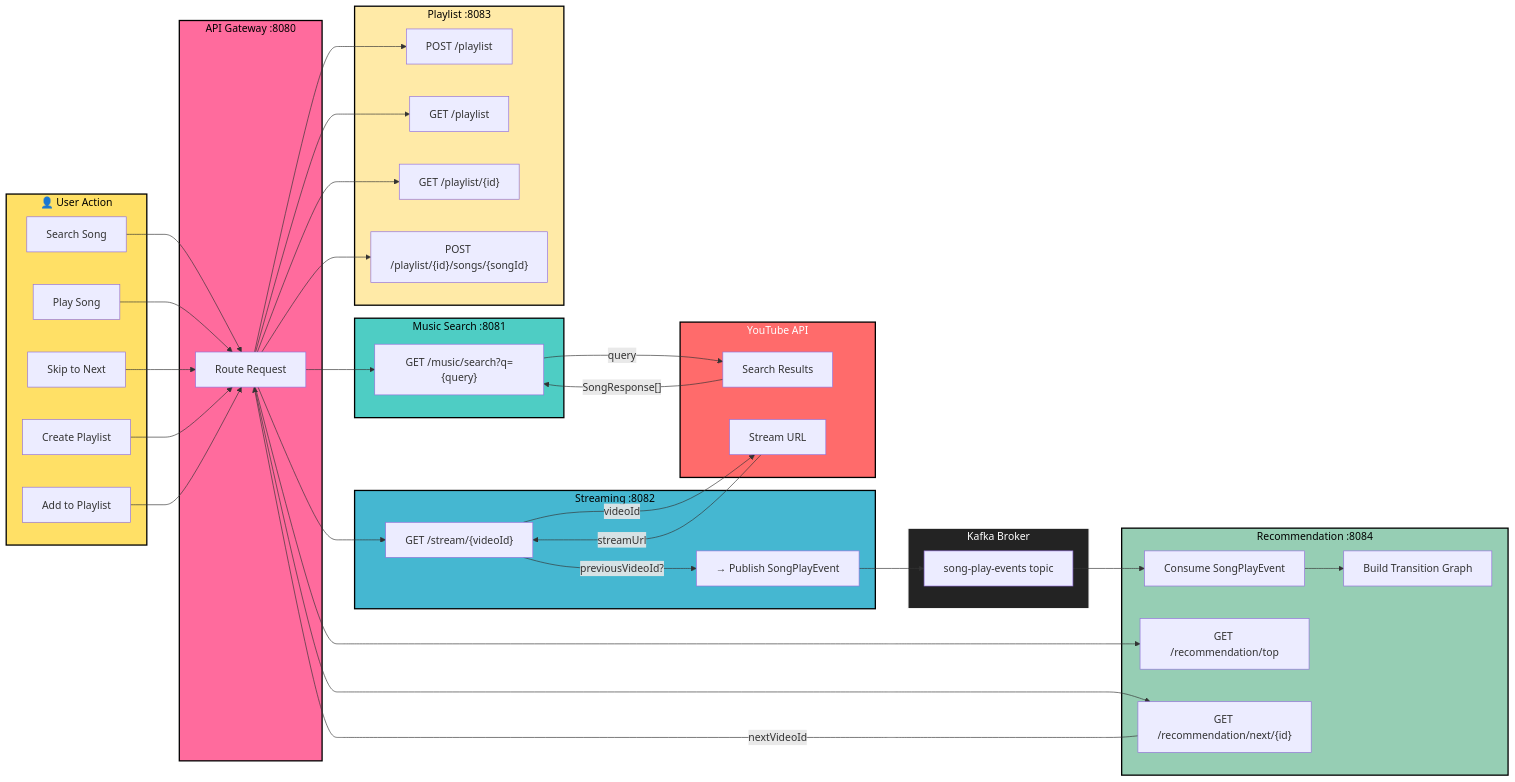
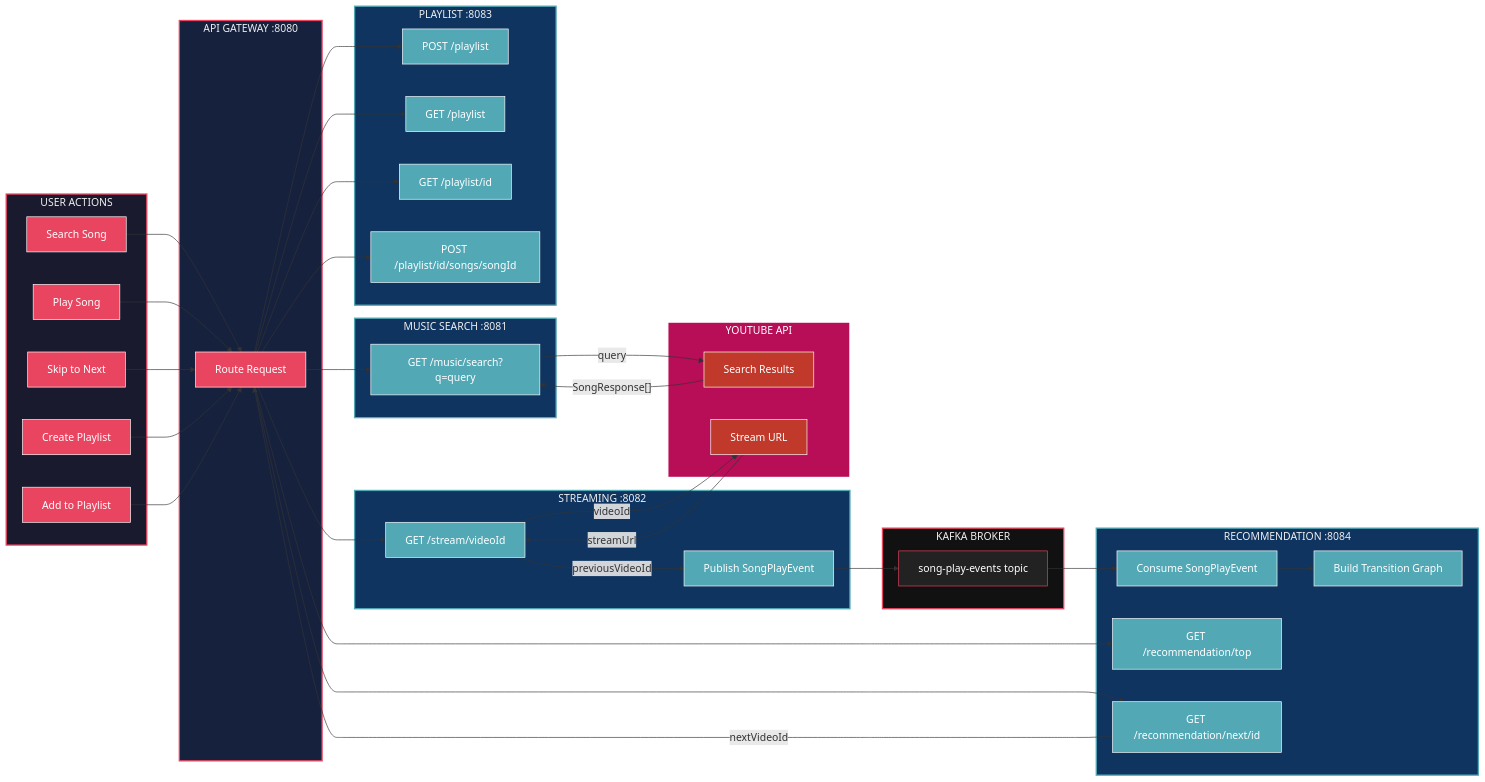
One commit to Ankit-Jaipuriar/Harmony-Music-Streaming-Platform changed the second of 2 diagrams in README.md. Above: the diagram before and after it, drawn with Mermaid. The commit also changed other lines of this file, not shown here.

````diff
--- a/README.md
+++ b/README.md
@@ -119,6 +132,6 @@
 ```mermaid
 flowchart LR
-    subgraph USER["👤 User Action"]
+    subgraph USER["USER ACTIONS"]
         U1["Search Song"]
         U2["Play Song"]
         U3["Skip to Next"]
@@ -126,38 +139,38 @@
         U5["Add to Playlist"]
     end
 
-    subgraph GATEWAY["API Gateway :8080"]
+    subgraph GATEWAY["API GATEWAY :8080"]
         G1["Route Request"]
     end
 
-    subgraph SEARCH["Music Search :8081"]
-        S1["GET /music/search?q={query}"]
+    subgraph SEARCH["MUSIC SEARCH :8081"]
+        S1["GET /music/search?q=query"]
     end
 
-    subgraph STREAM["Streaming :8082"]
-        ST1["GET /stream/{videoId}"]
-        ST2["→ Publish SongPlayEvent"]
+    subgraph STREAM["STREAMING :8082"]
+        ST1["GET /stream/videoId"]
+        ST2["Publish SongPlayEvent"]
     end
 
-    subgraph KAFKA["Kafka Broker"]
+    subgraph KAFKA["KAFKA BROKER"]
         K1["song-play-events topic"]
     end
 
-    subgraph RECOMMEND["Recommendation :8084"]
+    subgraph RECOMMEND["RECOMMENDATION :8084"]
         R1["Consume SongPlayEvent"]
         R2["Build Transition Graph"]
         R3["GET /recommendation/top"]
-        R4["GET /recommendation/next/{id}"]
+        R4["GET /recommendation/next/id"]
     end
 
-    subgraph PLAYLIST["Playlist :8083"]
+    subgraph PLAYLIST["PLAYLIST :8083"]
         P1["POST /playlist"]
         P2["GET /playlist"]
-        P3["GET /playlist/{id}"]
-        P4["POST /playlist/{id}/songs/{songId}"]
+        P3["GET /playlist/id"]
+        P4["POST /playlist/id/songs/songId"]
     end
 
-    subgraph YOUTUBE["YouTube API"]
+    subgraph YOUTUBE["YOUTUBE API"]
         YT1["Search Results"]
         YT2["Stream URL"]
     end
@@ -167,7 +180,7 @@
 
     U2 --> G1 --> ST1 -->|"videoId"| YT2
     YT2 -->|"streamUrl"| ST1
-    ST1 -->|"previousVideoId?"| ST2 --> K1
+    ST1 -->|"previousVideoId"| ST2 --> K1
 
     K1 --> R1 --> R2
     U3 --> G1 --> R4
@@ -180,12 +193,33 @@
     G1 --> P2
     G1 --> P3
 
-    style USER fill:#FFE066,stroke:#000,stroke-width:2px,color:#000
-    style GATEWAY fill:#FF6B9D,stroke:#000,stroke-width:2px,color:#000
-    style SEARCH fill:#4ECDC4,stroke:#000,stroke-width:2px,color:#000
-    style STREAM fill:#45B7D1,stroke:#000,stroke-width:2px,color:#000
-    style KAFKA fill:#232323,stroke:#fff,stroke-width:2px,color:#fff
-    style RECOMMEND fill:#96CEB4,stroke:#000,stroke-width:2px,color:#000
-    style PLAYLIST fill:#FFEAA7,stroke:#000,stroke-width:2px,color:#000
-    style YOUTUBE fill:#FF6B6B,stroke:#000,stroke-width:2px,color:#fff
+    style USER fill:#1a1a2e,stroke:#e94560,stroke-width:2px,color:#eee
+    style GATEWAY fill:#16213e,stroke:#e94560,stroke-width:2px,color:#eee
+    style SEARCH fill:#0f3460,stroke:#53a8b6,stroke-width:2px,color:#eee
+    style STREAM fill:#0f3460,stroke:#53a8b6,stroke-width:2px,color:#eee
+    style KAFKA fill:#111,stroke:#e94560,stroke-width:2px,color:#eee
+    style RECOMMEND fill:#0f3460,stroke:#53a8b6,stroke-width:2px,color:#eee
+    style PLAYLIST fill:#0f3460,stroke:#53a8b6,stroke-width:2px,color:#eee
+    style YOUTUBE fill:#b80d57,stroke:#fff,stroke-width:2px,color:#fff
+
+    style U1 fill:#e94560,stroke:#fff,stroke-width:1px,color:#fff
+    style U2 fill:#e94560,stroke:#fff,stroke-width:1px,color:#fff
+    style U3 fill:#e94560,stroke:#fff,stroke-width:1px,color:#fff
+    style U4 fill:#e94560,stroke:#fff,stroke-width:1px,color:#fff
+    style U5 fill:#e94560,stroke:#fff,stroke-width:1px,color:#fff
+    style G1 fill:#e94560,stroke:#fff,stroke-width:1px,color:#fff
+    style S1 fill:#53a8b6,stroke:#fff,stroke-width:1px,color:#fff
+    style ST1 fill:#53a8b6,stroke:#fff,stroke-width:1px,color:#fff
+    style ST2 fill:#53a8b6,stroke:#fff,stroke-width:1px,color:#fff
+    style K1 fill:#222,stroke:#e94560,stroke-width:1px,color:#fff
+    style R1 fill:#53a8b6,stroke:#fff,stroke-width:1px,color:#fff
+    style R2 fill:#53a8b6,stroke:#fff,stroke-width:1px,color:#fff
+    style R3 fill:#53a8b6,stroke:#fff,stroke-width:1px,color:#fff
+    style R4 fill:#53a8b6,stroke:#fff,stroke-width:1px,color:#fff
+    style P1 fill:#53a8b6,stroke:#fff,stroke-width:1px,color:#fff
+    style P2 fill:#53a8b6,stroke:#fff,stroke-width:1px,color:#fff
+    style P3 fill:#53a8b6,stroke:#fff,stroke-width:1px,color:#fff
+    style P4 fill:#53a8b6,stroke:#fff,stroke-width:1px,color:#fff
+    style YT1 fill:#c0392b,stroke:#fff,stroke-width:1px,color:#fff
+    style YT2 fill:#c0392b,stroke:#fff,stroke-width:1px,color:#fff
 ```
````
